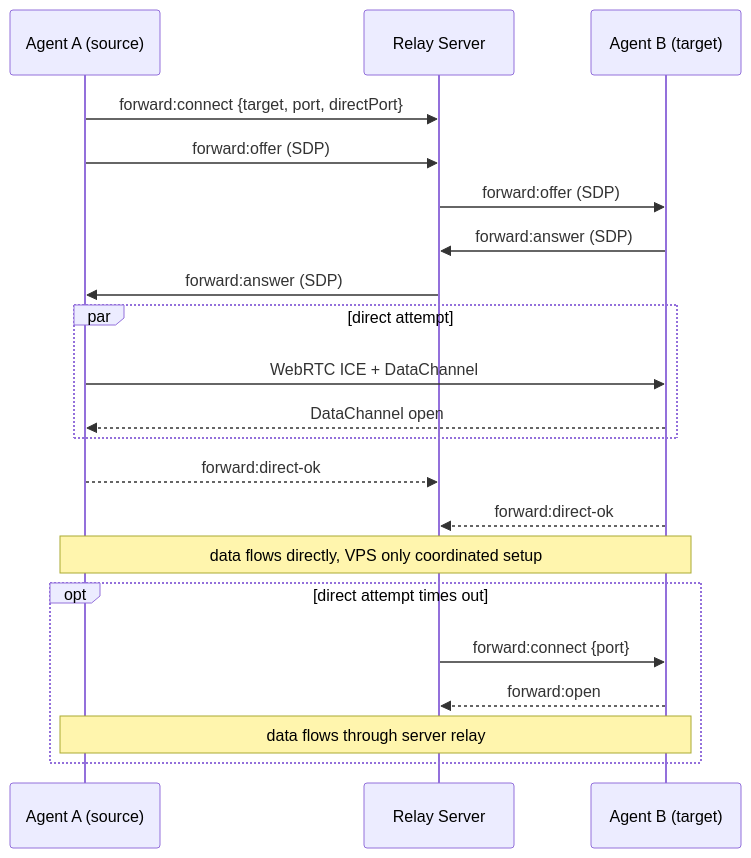
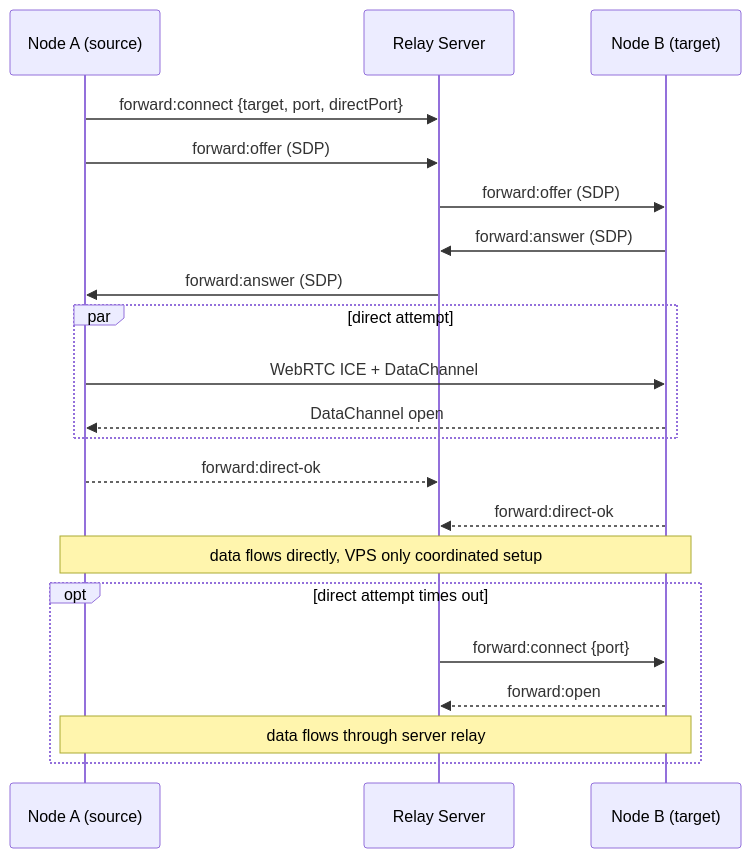
Before and after one commit to pcc-258/warpmesh: the ninth of 11 diagrams in docs/architecture.md, drawn with Mermaid. The commit also changed other lines of this file and 107 other files, not shown here.

First line of the commit message:
feat(node): replace native agent with node runtime, add Windows client and OTA updates

````diff
--- a/docs/architecture.md
+++ b/docs/architecture.md
@@ -254,25 +255,25 @@
 ```mermaid
 sequenceDiagram
-    participant A as Agent A (source)
+    participant A as Node A (source)
     participant S as Relay Server
-    participant B as Agent B (target)
+    participant B as Node B (target)
 
     A->>S: forward:connect {target, port, directPort}
     A->>S: forward:offer (SDP)
     S->>B: forward:offer (SDP)
     B->>S: forward:answer (SDP)
     S->>A: forward:answer (SDP)
     par direct attempt
         A->>B: WebRTC ICE + DataChannel
         B-->>A: DataChannel open
     end
     A-->>S: forward:direct-ok
     B-->>S: forward:direct-ok
     Note over A,B: data flows directly, VPS only coordinated setup
 
     opt direct attempt times out
         S->>B: forward:connect {port}
         B-->>S: forward:open
         Note over A,B: data flows through server relay
     end
 ```
````
